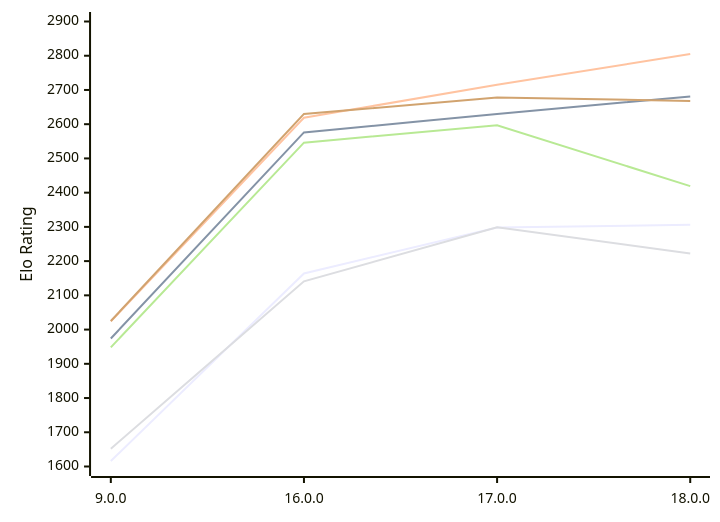
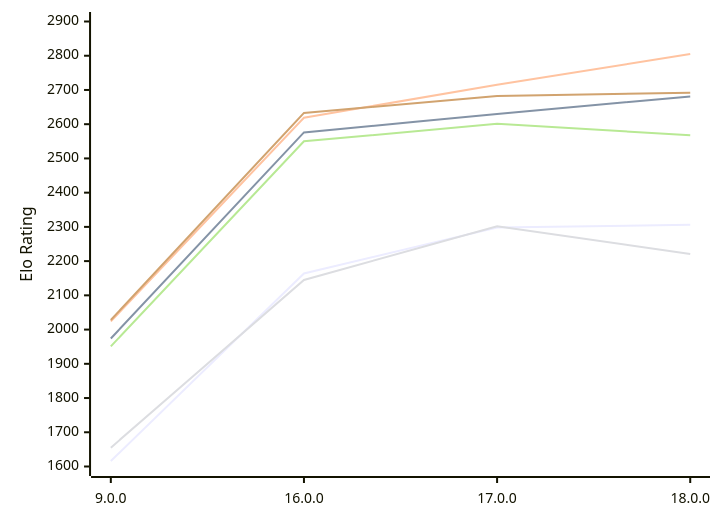
One commit to computer-chess-index/cci changed the first of 2 diagrams in engines/Cepimetheus.md. Above: the diagram before and after it, drawn with Mermaid. The commit also changed other lines of this file, not shown here.

Commit message:
Update CCI Ratings (ELO VLTC) - 2026-11-21

````diff
--- a/engines/Cepimetheus.md
+++ b/engines/Cepimetheus.md
@@ -66,12 +66,12 @@
 ```mermaid
 %%{init: {"theme":"base","themeVariables":{"seriesColors:['#a3a3a3','#222221','#faa371']}}}%%
 xychart-beta
   x-axis ["9.0.0", "16.0.0", "17.0.0", "18.0.0"]
   y-axis "Elo Rating" 1600 --> 2900
   line "E1: STC (8.0+0.08s)" [1616, 2164, 2298, 2306]
   line "E1: LTC (60.0+0.60s)" [1974, 2576, 2630, 2681]
   line "E1: VLTC (2m24s+1.12s)" [2024, 2619, 2715, 2805]
-  line "P1: STC (8.0+0.08s)" [1652, 2141, 2299, 2222]
-  line "P1: LTC (60.0+0.60s)" [1948, 2546, 2597, 2419]
-  line "P1: VLTC (2m24s+1.12s)" [2025, 2630, 2678, 2668]
+  line "P1: STC (8.0+0.08s)" [1655, 2145, 2302, 2221]
+  line "P1: LTC (60.0+0.60s)" [1951, 2550, 2601, 2568]
+  line "P1: VLTC (2m24s+1.12s)" [2028, 2633, 2682, 2692]
 ```
````
